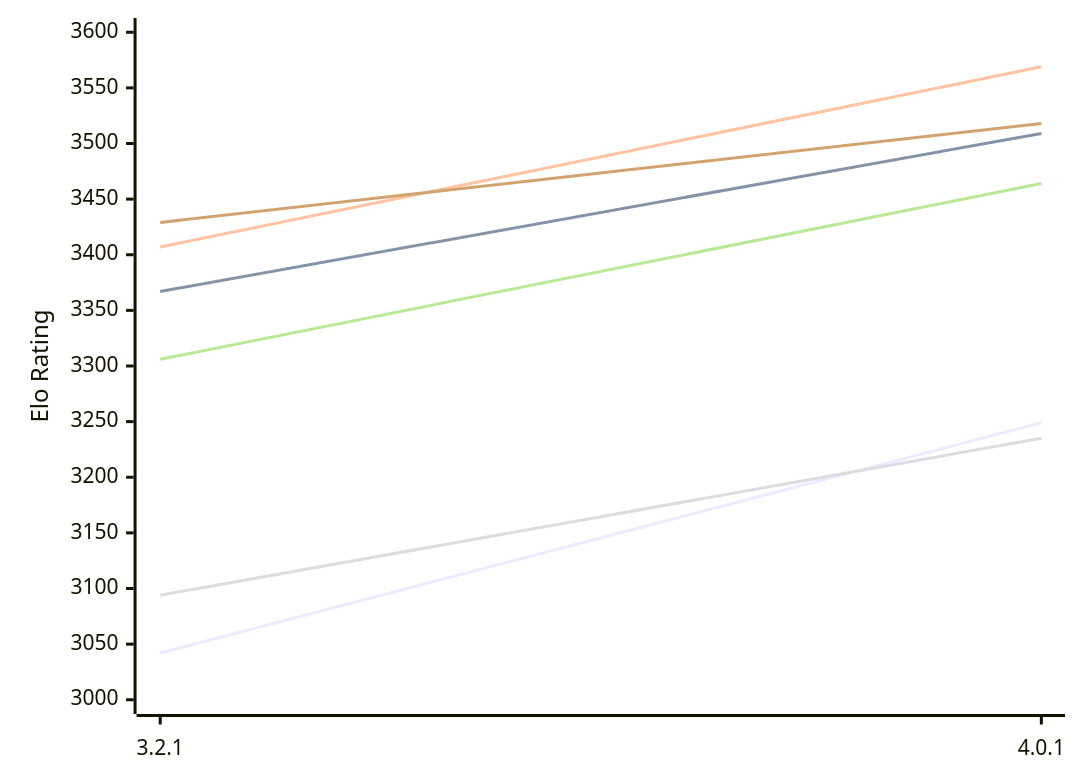
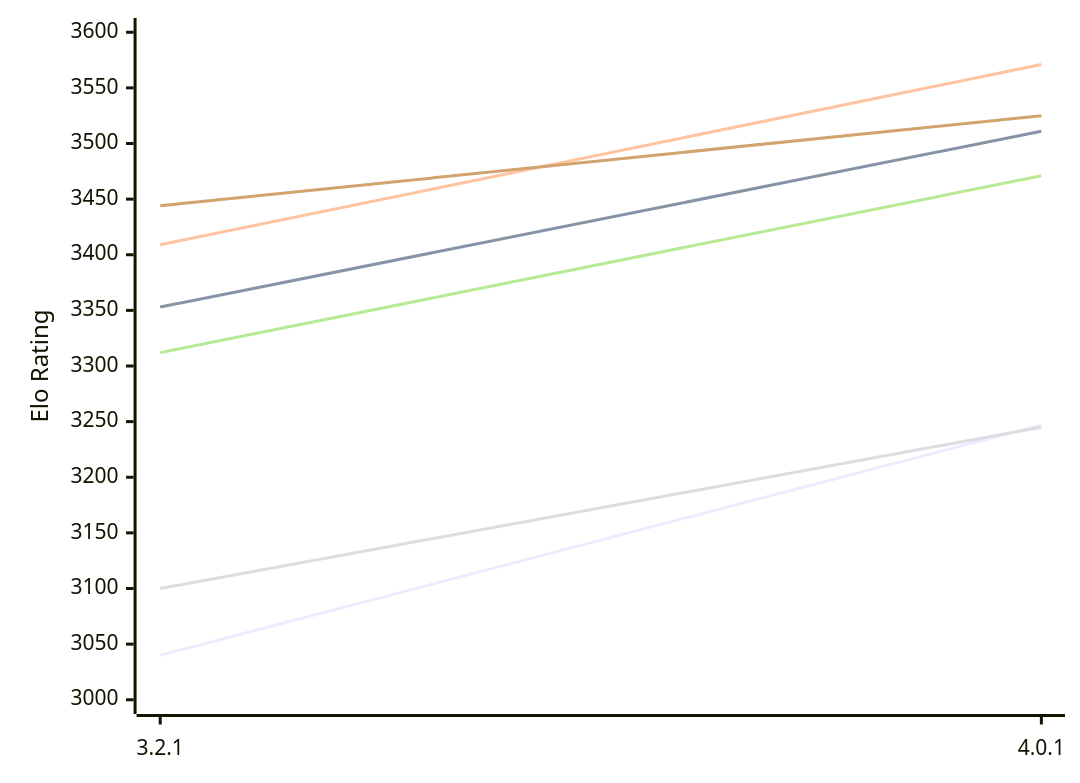
The first of 2 diagrams in engines/Prune.md (computer-chess-index/cci), drawn with Mermaid before and after one commit. The commit also changed other lines of this file, not shown here.

Commit message:
Update CCI Ratings (ELO VLTC) - 2026-11-25

````diff
--- a/engines/Prune.md
+++ b/engines/Prune.md
@@ -56,12 +56,12 @@
 ```mermaid
 %%{init: {"theme":"base","themeVariables":{"seriesColors:['#a3a3a3','#222221','#faa371']}}}%%
 xychart-beta
   x-axis ["3.2.1", "4.0.1"]
   y-axis "Elo Rating" 3000 --> 3600
-  line "E1: STC (8.0+0.08s)" [3042, 3249]
-  line "E1: LTC (60.0+0.60s)" [3367, 3509]
-  line "E1: VLTC (2m24s+1.12s)" [3407, 3569]
-  line "P1: STC (8.0+0.08s)" [3094, 3235]
-  line "P1: LTC (60.0+0.60s)" [3306, 3464]
-  line "P1: VLTC (2m24s+1.12s)" [3429, 3518]
+  line "E1: STC (8.0+0.08s)" [3040, 3247]
+  line "E1: LTC (60.0+0.60s)" [3353, 3511]
+  line "E1: VLTC (2m24s+1.12s)" [3409, 3571]
+  line "P1: STC (8.0+0.08s)" [3100, 3245]
+  line "P1: LTC (60.0+0.60s)" [3312, 3471]
+  line "P1: VLTC (2m24s+1.12s)" [3444, 3525]
 ```
````
